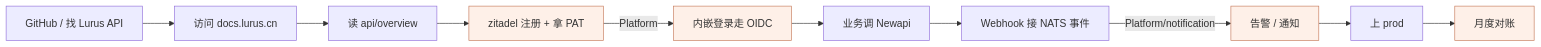
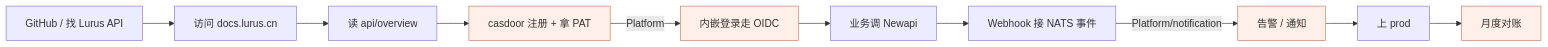
One commit to hanmahong5-arch/lurus-docs changed the seventh of 8 diagrams in internal/cross/user-journeys.md. Above: the diagram before and after it, drawn with Mermaid. The commit also changed other lines of this file and 30 other files, not shown here.

Commit message:
docs(internal): IdP 术语同步 Zitadel → Casdoor(vendor-neutral OIDC 迁移文档面)

````diff
--- a/internal/cross/user-journeys.md
+++ b/internal/cross/user-journeys.md
@@ -203,15 +203,15 @@
 ```mermaid
 graph LR
   D1[GitHub / 找 Lurus API] --> D2[访问 docs.lurus.cn]
   D2 --> D3[读 api/overview]
-  D3 --> D4[zitadel 注册 + 拿 PAT]
+  D3 --> D4[casdoor 注册 + 拿 PAT]
   D4 -->|Platform| D5[内嵌登录走 OIDC]
   D5 --> D6[业务调 Newapi]
   D6 --> D7[Webhook 接 NATS 事件]
   D7 -->|Platform/notification| D8[告警 / 通知]
   D8 --> D9[上 prod]
   D9 --> D10[月度对账]
 
   classDef p0 fill:#fef0e8,stroke:#C67B5C
   class D4,D5,D8,D10 p0
 ```
````
